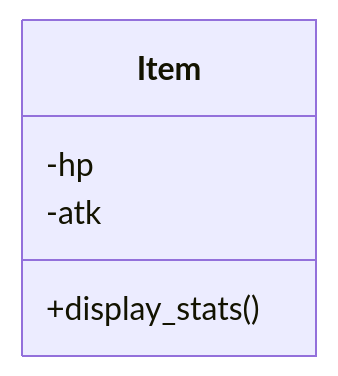
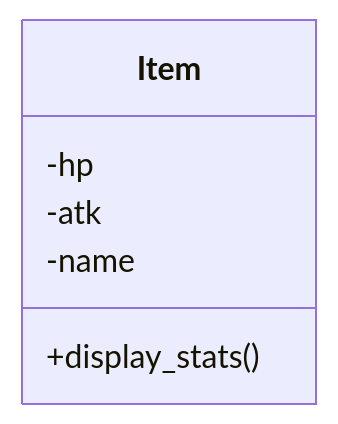
One commit to edward-yee-ny/j1-summary-project-private- changed the fourth of 4 diagrams in README.md. Above: the diagram before and after it, drawn with Mermaid.

Commit message:
item class upgrade

````diff
--- a/README.md
+++ b/README.md
@@ -109,6 +109,7 @@
 ```mermaid
 classDiagram
     Item : -hp
     Item : -atk
+    Item : -name
     Item : +display_stats()
 ```
````
